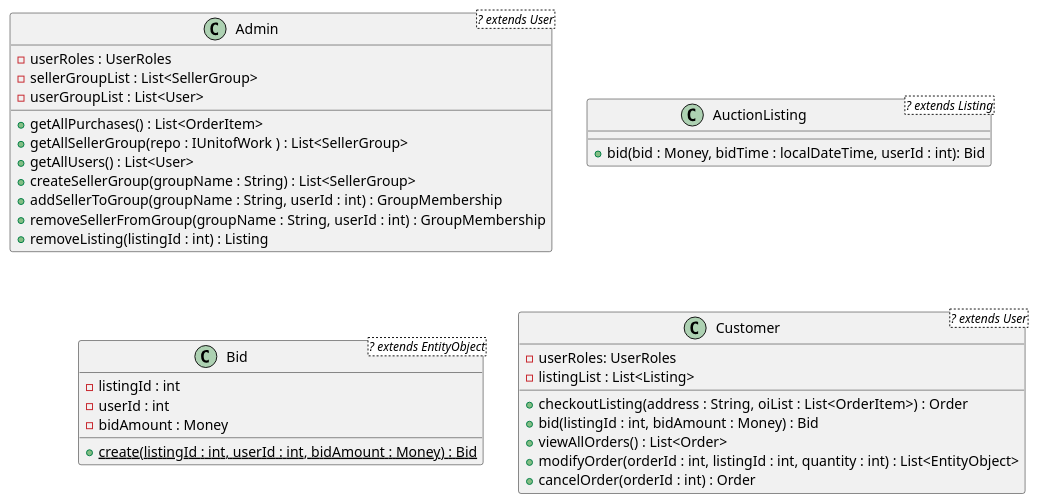
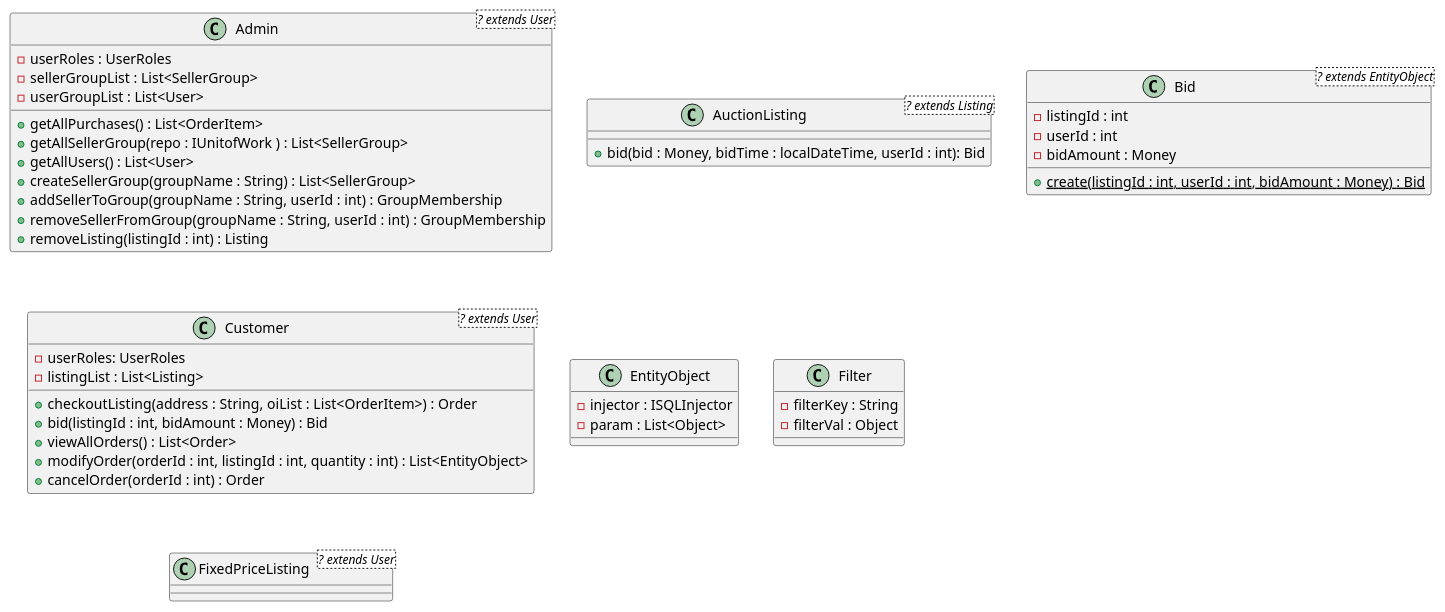
Before and after one commit to SWEN900072022/TeamZeroMarketPlaceBackEnd: the diagram in docs/part3/classDiagram.plantuml, drawn with PlantUML.

Commit message:
added ENtityObject, Filter and FixedPriceListing to diagram

```diff
--- a/docs/part3/classDiagram.plantuml
+++ b/docs/part3/classDiagram.plantuml
@@ -1,41 +1,54 @@
 @startuml
 
 'Admin class
 class Admin<? extends User> {
     - userRoles : UserRoles
     - sellerGroupList : List<SellerGroup>
     - userGroupList : List<User>
     {method} + getAllPurchases() : List<OrderItem>
     {method} + getAllSellerGroup(repo : IUnitofWork ) : List<SellerGroup>
     {method} + getAllUsers() : List<User>
     {method} + createSellerGroup(groupName : String) : List<SellerGroup>
     {method} + addSellerToGroup(groupName : String, userId : int) : GroupMembership
     {method} + removeSellerFromGroup(groupName : String, userId : int) : GroupMembership
     {method} + removeListing(listingId : int) : Listing
 }
 'AuctionListing class
 class AuctionListing<? extends Listing> {
     {method} + bid(bid : Money, bidTime : localDateTime, userId : int): Bid
 }
 'Bid Class
 class Bid<? extends EntityObject> {
     - listingId : int
     - userId : int
     - bidAmount : Money
     {method} {static} + create(listingId : int, userId : int, bidAmount : Money) : Bid
 
 }
 'Customer Class
 class Customer <? extends User> {
     - userRoles: UserRoles
     - listingList : List<Listing>
     {method} + checkoutListing(address : String,  oiList : List<OrderItem>) : Order
     {method} + bid(listingId : int, bidAmount : Money) : Bid
     {method} + viewAllOrders() : List<Order>
     {method} + modifyOrder(orderId : int, listingId : int, quantity : int) : List<EntityObject>
     {method} + cancelOrder(orderId : int) : Order
 }
+'EntityObject
+class EntityObject{
+    - injector : ISQLInjector
+    - param : List<Object>
+}
 'Filter Class
+class Filter{
+    - filterKey : String
+    - filterVal : Object
+
+}
 'FixedPriceListing Class
+class FixedPriceListing <? extends User>{
+
+}
 '
 @enduml
```
